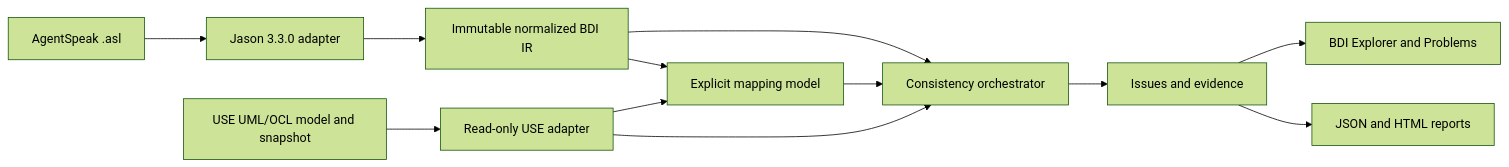
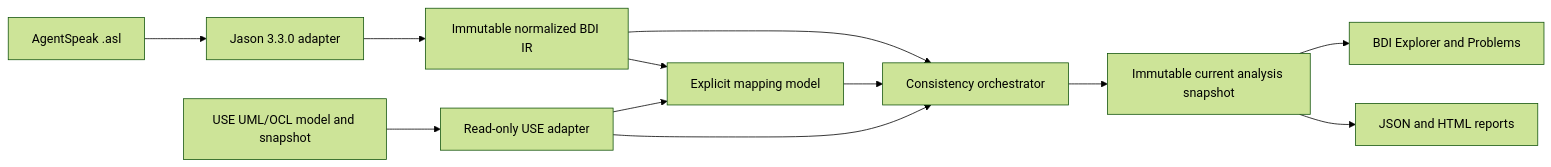
The diagram in docs/project/04_SYSTEM_ARCHITECTURE.md (nguyentrungnghia1802/USE_BDI_Plugin), drawn with Mermaid (forest theme) before and after one commit. The commit also changed other lines of this file and 14 other files, not shown here.

Commit message:
feat(analysis): compose immutable current snapshot

````diff
--- a/docs/project/04_SYSTEM_ARCHITECTURE.md
+++ b/docs/project/04_SYSTEM_ARCHITECTURE.md
@@ -8,14 +8,14 @@
 ```mermaid
 flowchart LR
   ASL[AgentSpeak .asl] --> JA[Jason 3.3.0 adapter]
   JA --> IR[Immutable normalized BDI IR]
   USE[USE UML/OCL model and snapshot] --> UA[Read-only USE adapter]
   IR --> MAP[Explicit mapping model]
   UA --> MAP
   IR --> VAL[Consistency orchestrator]
   MAP --> VAL
   UA --> VAL
-  VAL --> ISS[Issues and evidence]
-  ISS --> GUI[BDI Explorer and Problems]
-  ISS --> REP[JSON and HTML reports]
+  VAL --> SNAP[Immutable current analysis snapshot]
+  SNAP --> GUI[BDI Explorer and Problems]
+  SNAP --> REP[JSON and HTML reports]
 ```
````
